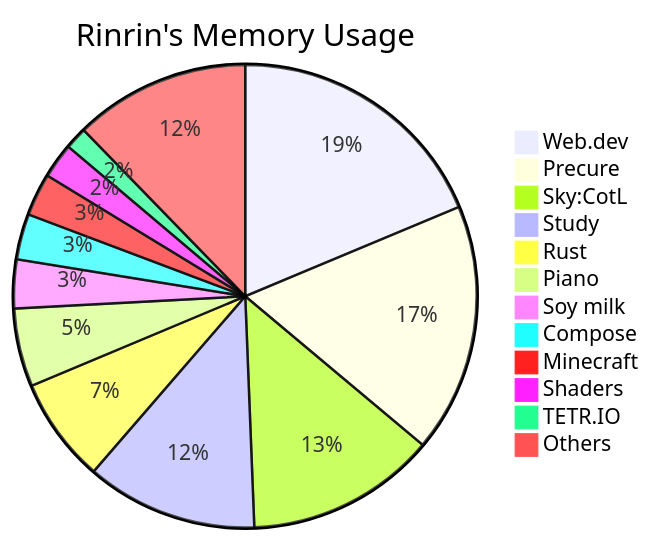
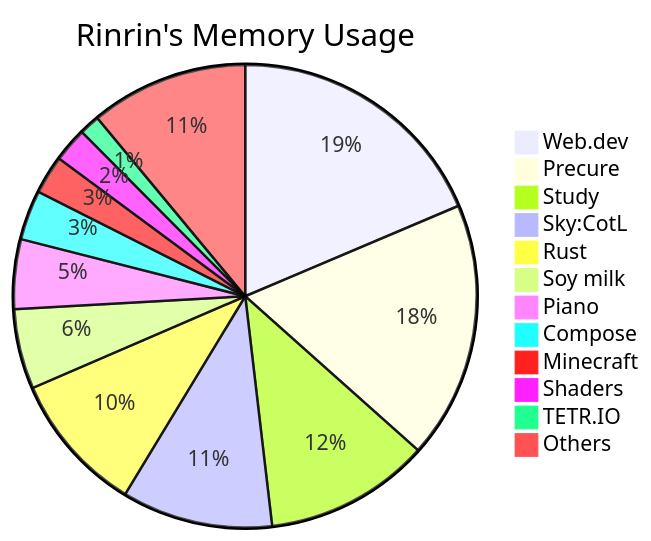
Before and after one commit to Rinrin0413/Rinrin0413: the diagram in README.md, drawn with Mermaid.

Commit message:
🛠 Update: Rinrin's Memory Usage

````diff
--- a/README.md
+++ b/README.md
@@ -75,15 +75,15 @@
 ```mermaid
 pie title Rinrin's Memory Usage
-    "Web.dev": 434
-    "Precure": 404
-    "Sky:CotL": 308
-    "Study": 278
-    "Rust": 170
-    "Piano": 127
-    "Soy milk": 79
-    "Compose": 74
-    "Minecraft": 69
-    "Shaders": 57
-    "TETR.IO": 36
-    "Others": 285
+    "Web.dev": 456
+    "Precure": 440
+    "Study": 283
+    "Sky:CotL": 258
+    "Rust": 241
+    "Soy milk": 137
+    "Piano": 119
+    "Compose": 85
+    "Minecraft": 66
+    "Shaders": 59
+    "TETR.IO": 35
+    "Others": 270
 ```
````
